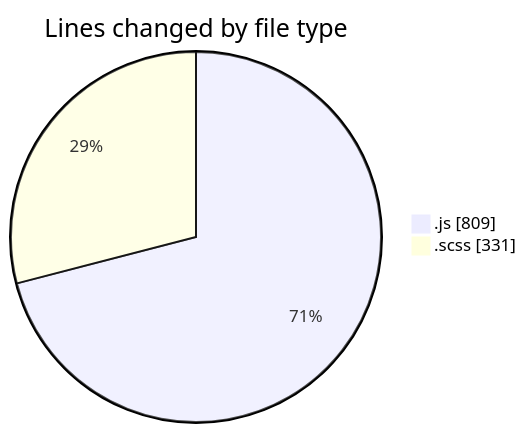
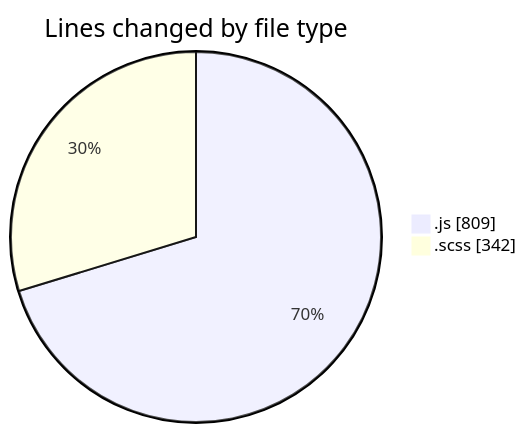
One commit to momahboobian/code-tracking changed the first of 2 diagrams in 2026-01-05/cda/README.md. Above: the diagram before and after it, drawn with Mermaid. The commit also changed other lines of this file and 1 other file, not shown here.

````diff
--- a/2026-01-05/cda/README.md
+++ b/2026-01-05/cda/README.md
@@ -26,6 +26,6 @@
 ```mermaid
 pie showData
 title Lines changed by file type
 ".js" : 809
-".scss" : 331
+".scss" : 342
 ```
````
